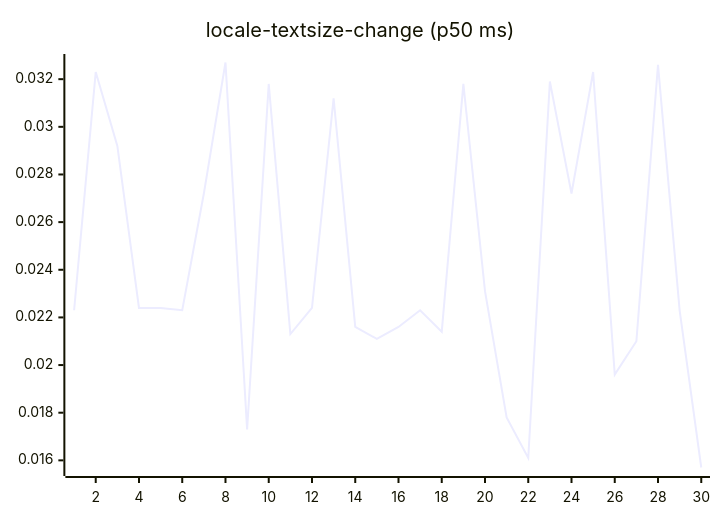
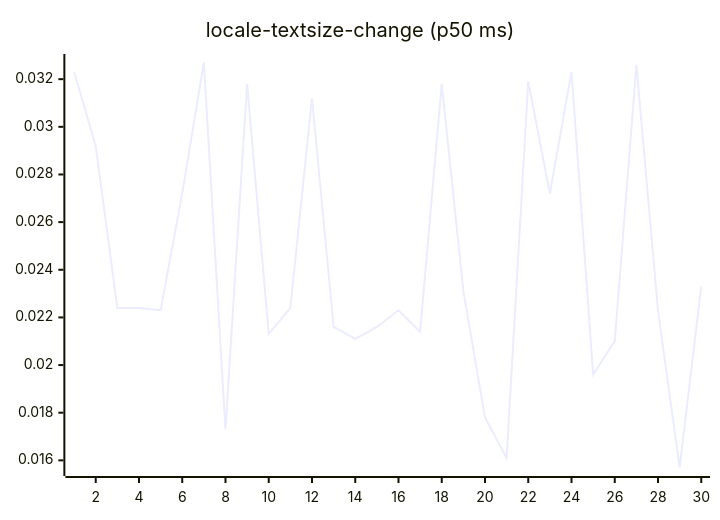
Diagram 13 of 27 in README.md (josha/Facet), drawn with Mermaid before and after one commit. The commit also changed other lines of this file and 2 other files, not shown here.

````diff
--- a/README.md
+++ b/README.md
@@ -147,6 +147,6 @@
 ```mermaid
 xychart-beta
     title "locale-textsize-change (p50 ms)"
     x-axis 1 --> 30
-    line [0.0223, 0.0323, 0.0292, 0.0224, 0.0224, 0.0223, 0.0272, 0.0327, 0.0173, 0.0318, 0.0213, 0.0224, 0.0312, 0.0216, 0.0211, 0.0216, 0.0223, 0.0214, 0.0318, 0.0231, 0.0178, 0.0161, 0.0319, 0.0272, 0.0323, 0.0196, 0.0210, 0.0326, 0.0223, 0.0157]
+    line [0.0323, 0.0292, 0.0224, 0.0224, 0.0223, 0.0272, 0.0327, 0.0173, 0.0318, 0.0213, 0.0224, 0.0312, 0.0216, 0.0211, 0.0216, 0.0223, 0.0214, 0.0318, 0.0231, 0.0178, 0.0161, 0.0319, 0.0272, 0.0323, 0.0196, 0.0210, 0.0326, 0.0223, 0.0157, 0.0233]
 ```
````
